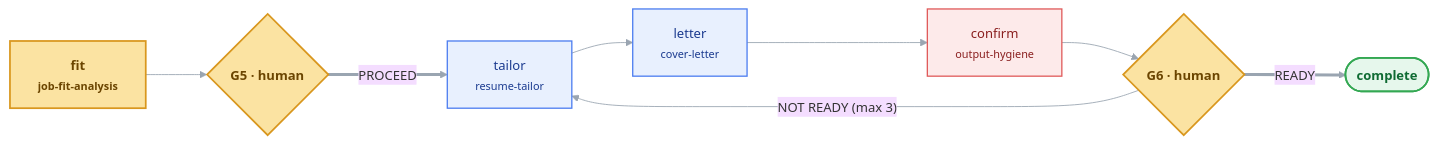
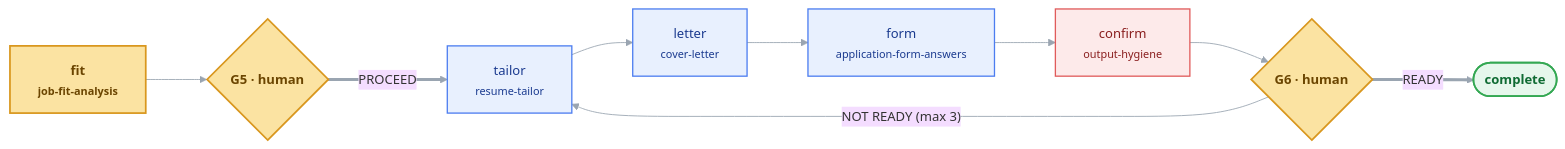
Before and after one commit to sananthanarayan/skilldrop: the diagram in docs/loops/apply.mmd, drawn with Mermaid. The commit also changed 57 other files, not shown here.

First line of the commit message:
career: application-form-answers, a resume tailored in its own format, and a fit check that looks beyond the resume (0.16.8)

```diff
--- a/docs/loops/apply.mmd
+++ b/docs/loops/apply.mmd
@@ -1,23 +1,25 @@
 %%{init: {'theme':'base','themeVariables':{'fontFamily':'Segoe UI, Helvetica, Arial','fontSize':'15px','lineColor':'#9AA5B1'},'flowchart':{'curve':'basis','rankSpacing':70,'nodeSpacing':50,'padding':16}}}%%
 flowchart LR
     classDef gen    fill:#E8F0FE,stroke:#4C7DF0,stroke-width:1.5px,color:#1A3A8F;
     classDef review fill:#FDEAEA,stroke:#E05B5B,stroke-width:1.5px,color:#8A1F1F;
     classDef gate   fill:#FBE3A2,stroke:#D9971E,stroke-width:2px,color:#6B4500,font-weight:bold;
     classDef ship   fill:#E6F7EC,stroke:#34A853,stroke-width:2px,color:#0F6B33,font-weight:bold;
 
     fit["fit<br/><small>job-fit-analysis</small>"]:::gate
     tailor["tailor<br/><small>resume-tailor</small>"]:::gen
     letter["letter<br/><small>cover-letter</small>"]:::gen
+    form["form<br/><small>application-form-answers</small>"]:::gen
     confirm["confirm<br/><small>output-hygiene</small>"]:::review
     G5{"G5 · human"}:::gate
     G6{"G6 · human"}:::gate
     DONE(["complete"]):::ship
 
     fit --> G5
     G5 == "PROCEED" ==> tailor
     tailor --> letter
-    letter --> confirm
+    letter --> form
+    form --> confirm
     confirm --> G6
     G6 == "READY" ==> DONE
 
     G6 -- "NOT READY (max 3)" --> tailor
```
